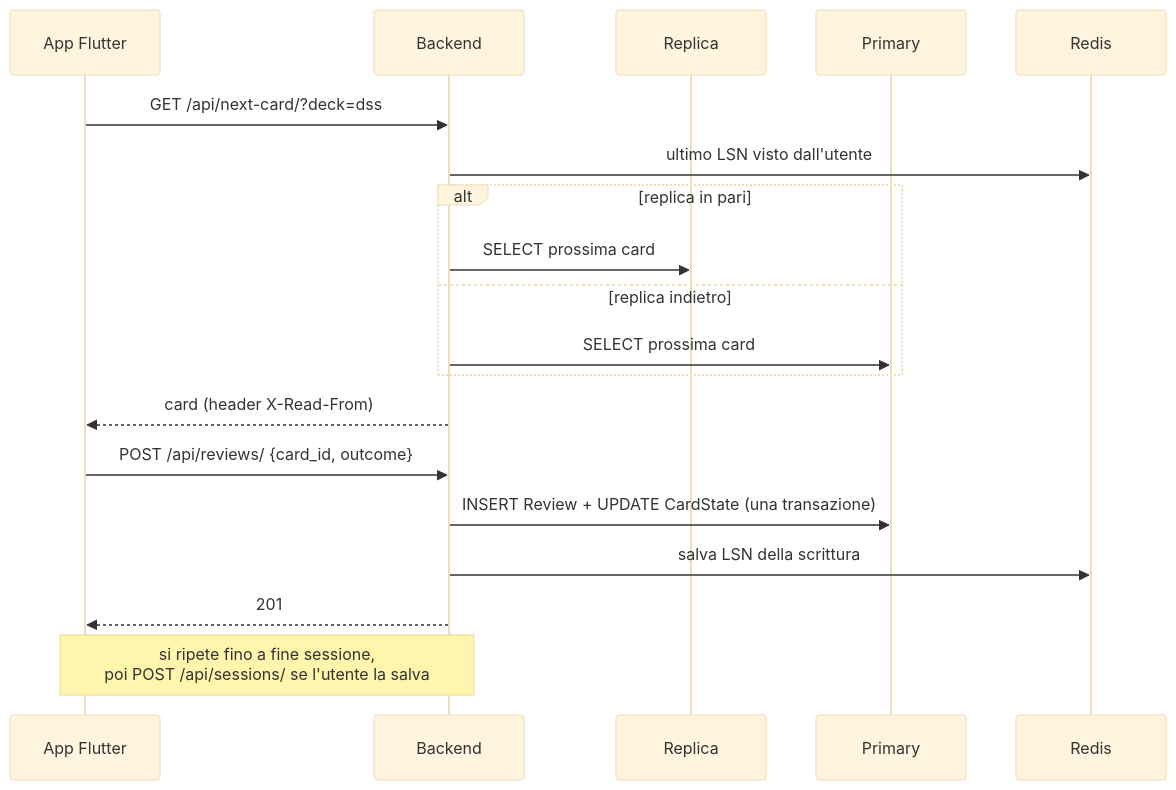
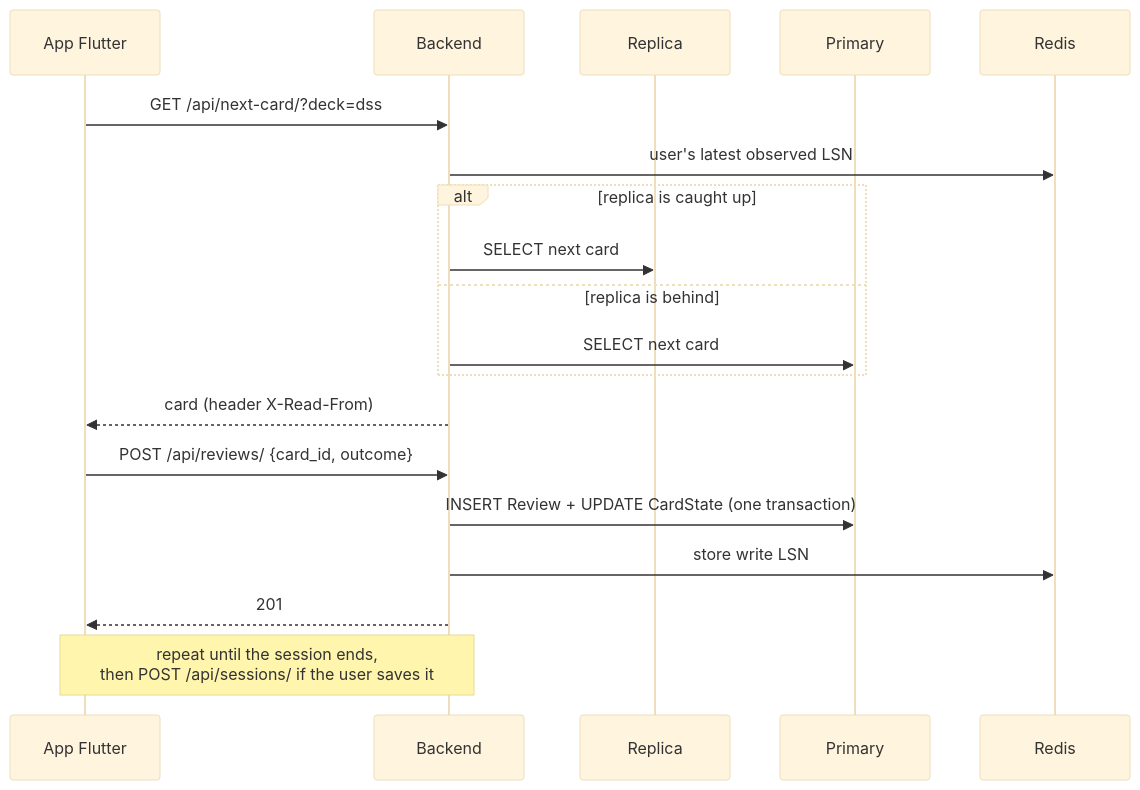
The fourth of 8 diagrams in README.md (jackw1-tech/FlashCardApp), drawn with Mermaid (base theme) before and after one commit. The commit also changed other lines of this file, not shown here.

````diff
--- a/README.md
+++ b/README.md
@@ -170,22 +170,22 @@
 ```mermaid
 sequenceDiagram
     participant A as App Flutter
     participant B as Backend
     participant R as Replica
     participant P as Primary
     participant X as Redis
 
     A->>B: GET /api/next-card/?deck=dss
-    B->>X: ultimo LSN visto dall'utente
-    alt replica in pari
-        B->>R: SELECT prossima card
-    else replica indietro
-        B->>P: SELECT prossima card
+    B->>X: user's latest observed LSN
+    alt replica is caught up
+        B->>R: SELECT next card
+    else replica is behind
+        B->>P: SELECT next card
     end
     B-->>A: card (header X-Read-From)
     A->>B: POST /api/reviews/ {card_id, outcome}
-    B->>P: INSERT Review + UPDATE CardState (una transazione)
-    B->>X: salva LSN della scrittura
+    B->>P: INSERT Review + UPDATE CardState (one transaction)
+    B->>X: store write LSN
     B-->>A: 201
-    Note over A,B: si ripete fino a fine sessione,<br/>poi POST /api/sessions/ se l'utente la salva
+    Note over A,B: repeat until the session ends,<br/>then POST /api/sessions/ if the user saves it
 ```
````
